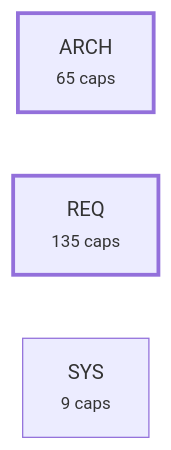
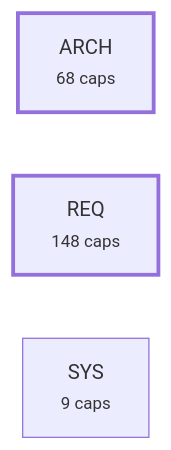
One commit to alxmax/Requirement-manager changed the fourth of 5 diagrams in plugin/requirements/_map.md. Above: the diagram before and after it, drawn with Mermaid. The commit also changed other lines of this file and 39 other files, not shown here.

````diff
--- a/plugin/requirements/_map.md
+++ b/plugin/requirements/_map.md
@@ -892,8 +932,8 @@
 ```mermaid
 graph LR
-  a_ARCH["ARCH<br><small>65 caps</small>"]
-  a_REQ["REQ<br><small>135 caps</small>"]
+  a_ARCH["ARCH<br><small>68 caps</small>"]
+  a_REQ["REQ<br><small>148 caps</small>"]
   a_SYS["SYS<br><small>9 caps</small>"]
   style a_ARCH stroke-width:3px
   style a_REQ stroke-width:3px
 ```
````
